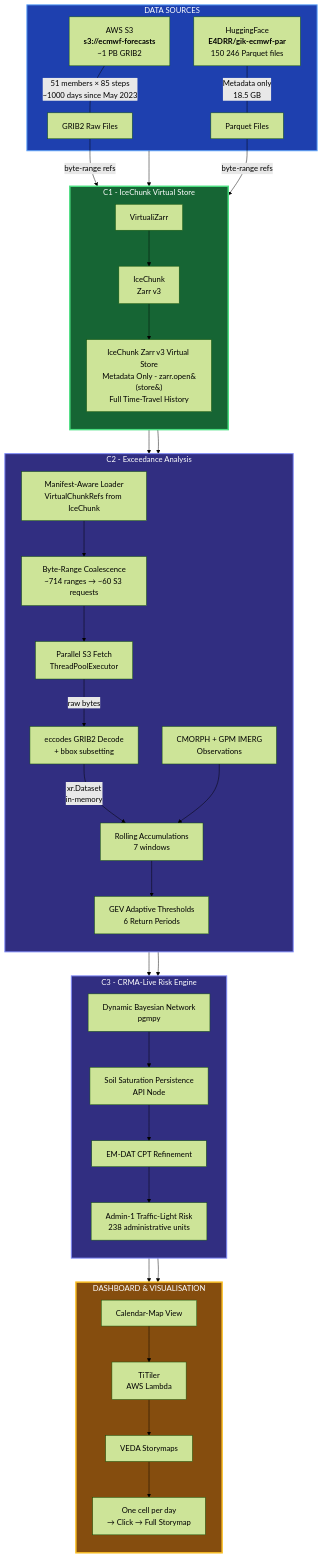
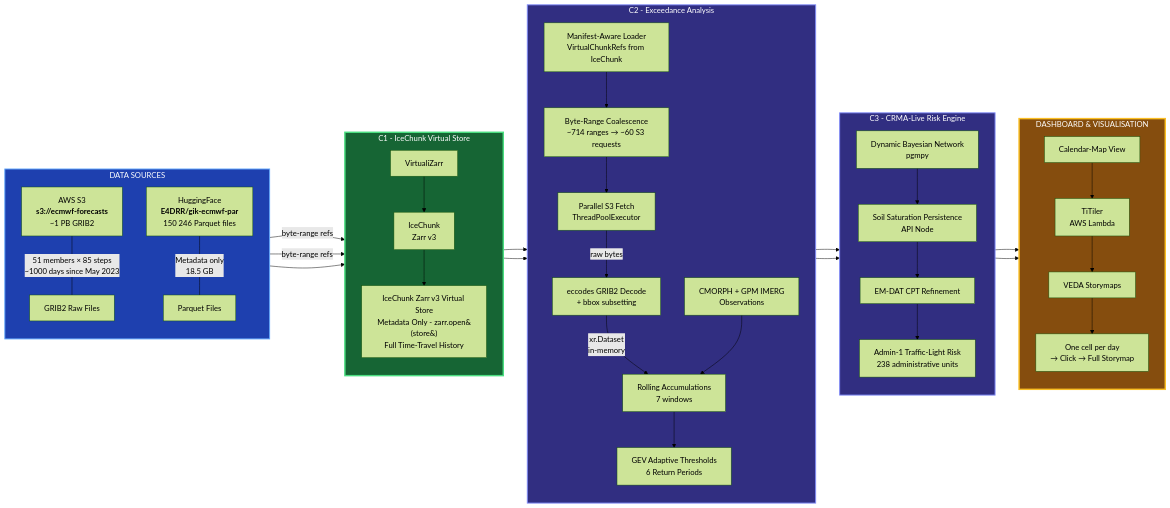
The diagram in README.md (hashirama21/gik-icechain), drawn with Mermaid (forest theme) before and after one commit. The commit also changed other lines of this file, not shown here.

Commit message:
docs(readme): architecture mermaid en flux horizontal, repliable et defilant

````diff
--- a/README.md
+++ b/README.md
@@ -50,7 +55,8 @@
 ```mermaid
-flowchart TD
+flowchart LR
     %% ==================== SOURCES ====================
     subgraph Sources["DATA SOURCES"]
+        direction TB
         S3[AWS S3<br/><b>s3://ecmwf-forecasts</b><br/>~1 PB GRIB2]
         HF[HuggingFace<br/><b>E4DRR/gik-ecmwf-par</b><br/>150 246 Parquet files]
 
````
